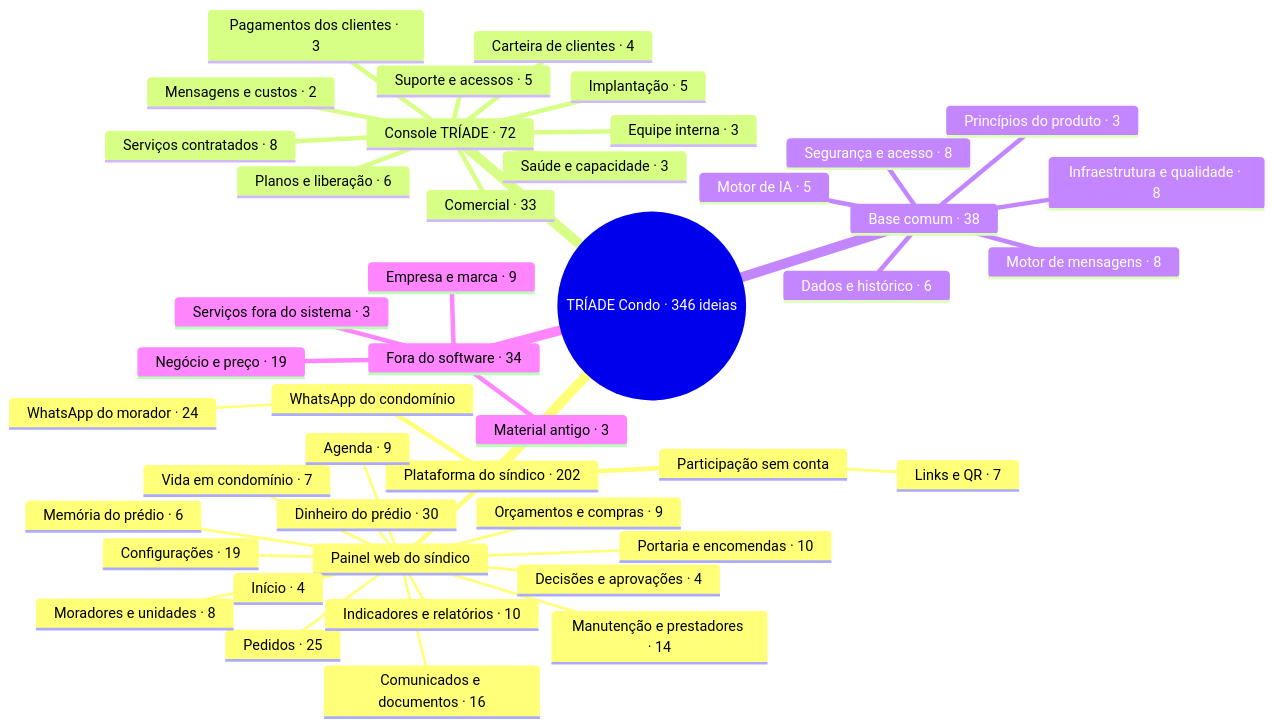
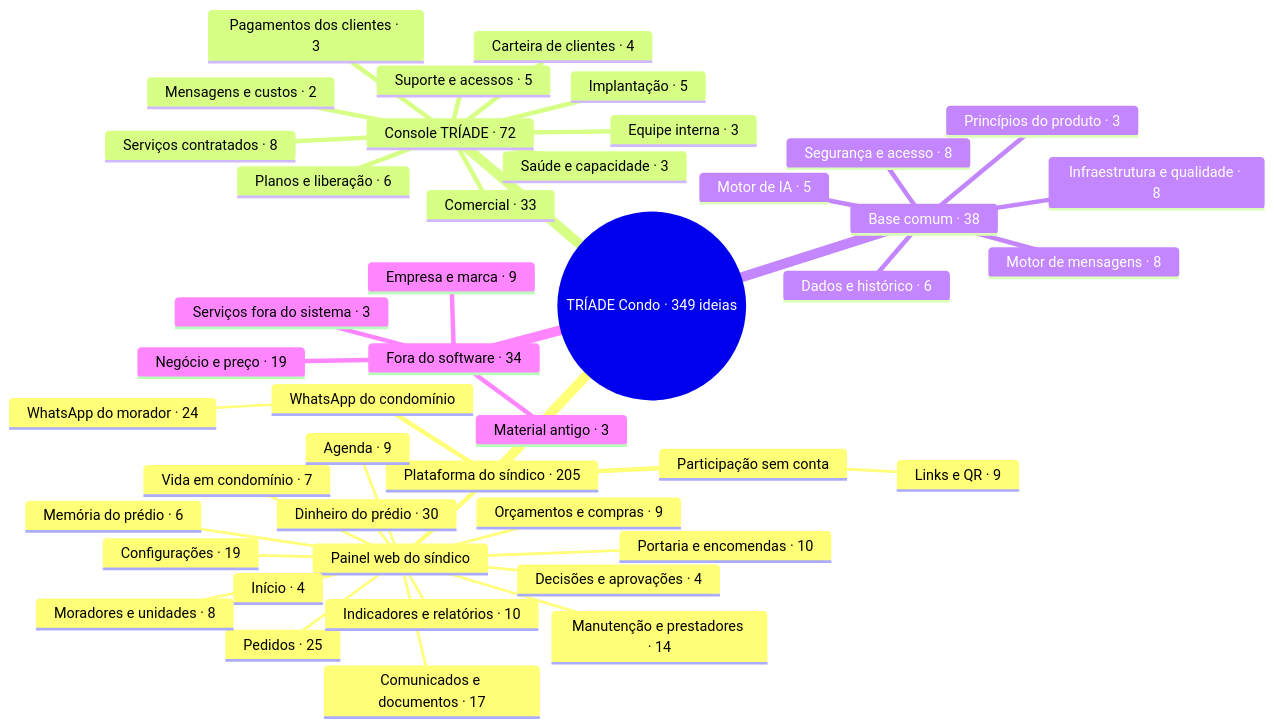
Before and after one commit to triade-prog/triade-condo: the diagram in triade-condo/MAPA.md, drawn with Mermaid. The commit also changed other lines of this file and 31 other files, not shown here.

````diff
--- a/triade-condo/MAPA.md
+++ b/triade-condo/MAPA.md
@@ -20,47 +20,47 @@
 ```mermaid
 mindmap
-  root((TRÍADE Condo · 346 ideias))
-    Plataforma do síndico · 202
+  root((TRÍADE Condo · 349 ideias))
+    Plataforma do síndico · 205
       Painel web do síndico
         Início · 4
         Pedidos · 25
         Decisões e aprovações · 4
         Moradores e unidades · 8
-        Comunicados e documentos · 16
+        Comunicados e documentos · 17
         Manutenção e prestadores · 14
         Agenda · 9
         Orçamentos e compras · 9
         Dinheiro do prédio · 30
         Portaria e encomendas · 10
         Vida em condomínio · 7
         Indicadores e relatórios · 10
         Memória do prédio · 6
         Configurações · 19
       WhatsApp do condomínio
         WhatsApp do morador · 24
       Participação sem conta
-        Links e QR · 7
+        Links e QR · 9
     Console TRÍADE · 72
       Carteira de clientes · 4
       Implantação · 5
       Planos e liberação · 6
       Pagamentos dos clientes · 3
       Suporte e acessos · 5
       Serviços contratados · 8
       Equipe interna · 3
       Saúde e capacidade · 3
       Mensagens e custos · 2
       Comercial · 33
     Base comum · 38
       Segurança e acesso · 8
       Dados e histórico · 6
       Motor de mensagens · 8
       Infraestrutura e qualidade · 8
       Princípios do produto · 3
       Motor de IA · 5
     Fora do software · 34
       Serviços fora do sistema · 3
       Negócio e preço · 19
       Empresa e marca · 9
       Material antigo · 3
 ```
````
